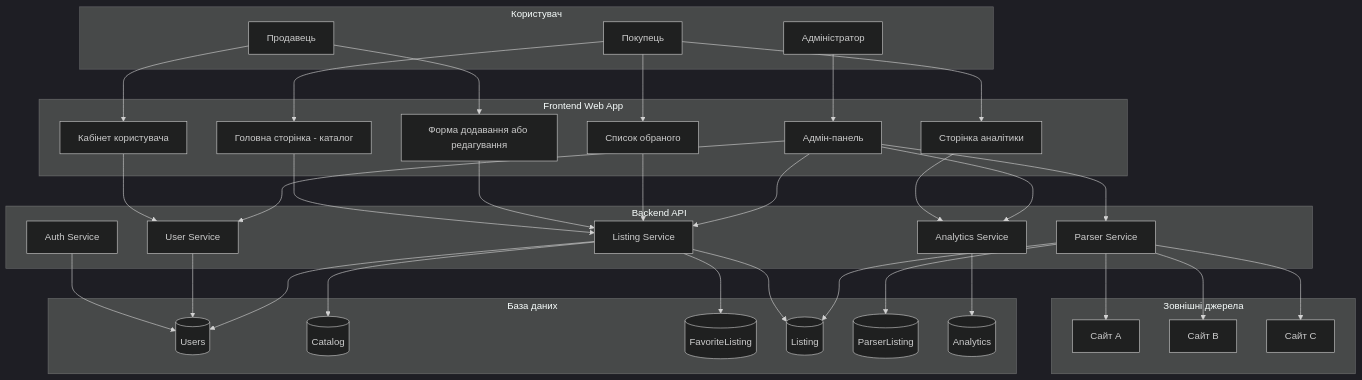
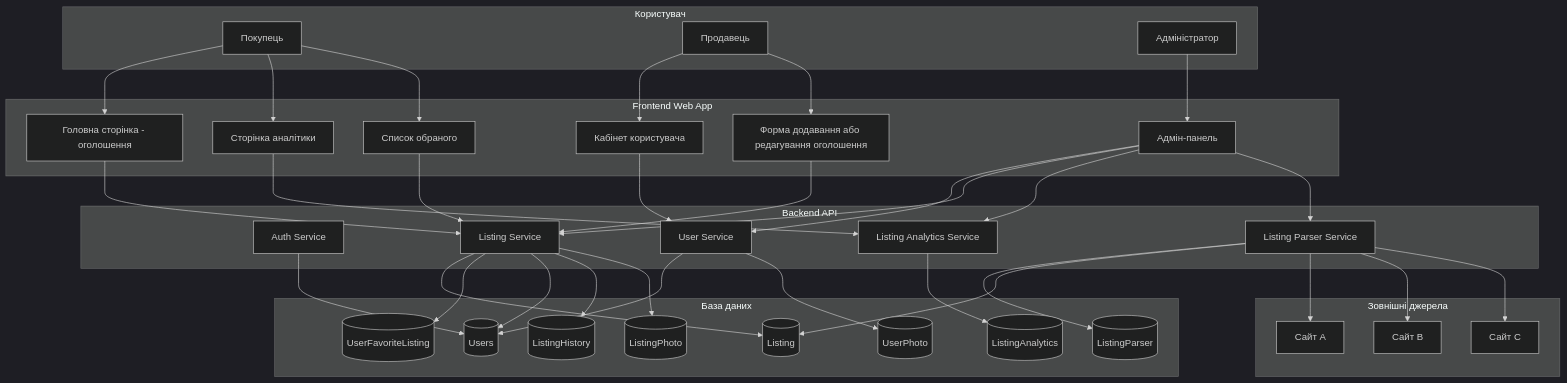
Before and after one commit to JusicP/cargo-container-aggregator: the diagram in docs/architecture.md, drawn with Mermaid (dark theme).

````diff
--- a/docs/architecture.md
+++ b/docs/architecture.md
@@ -1,75 +1,80 @@
 ```mermaid
 flowchart TD
     subgraph UserSide[Користувач]
         U1[Покупець] 
         U2[Продавець]
         U3[Адміністратор]
     end
 
     subgraph Frontend[Frontend Web App]
-        F1[Головна сторінка - каталог]
+        F1[Головна сторінка - оголошення]
         F2[Кабінет користувача]
-        F3[Форма додавання або редагування]
+        F3[Форма додавання або редагування оголошення]
         F4[Сторінка аналітики]
         F5[Список обраного]
         F6[Адмін-панель]
     end
 
     subgraph Backend[Backend API]
         B1[Auth Service]
         B2[Listing Service]
         B3[User Service]
-        B4[Analytics Service]
-        B5[Parser Service]
+        B4[Listing Analytics Service]
+        B5[Listing Parser Service]
     end
 
     subgraph External[Зовнішні джерела]
         E1[Сайт A]
         E2[Сайт B]
         E3[Сайт C]
     end
 
     subgraph Database[База даних]
         D1[(Users)]
-        D2[(Catalog)]
-        D6[(FavoriteListing)]
+        D2[(UserFavoriteListing)]
         D3[(Listing)]
-        D4[(ParserListing)]
-        D5[(Analytics)]
+        D4[(ListingParser)]
+        D5[(ListingAnalytics)]
+        D6[(ListingHistory)]
+        D7[(ListingPhoto)]
+        D8[(UserPhoto)]
     end
 
     %% Взаємодія користувачів
     U1 --> F1
     U1 --> F4
     U1 --> F5
     U2 --> F2
     U2 --> F3
     U3 --> F6
 
     %% Frontend <-> Backend
     F1 --> B2
     F2 --> B3
     F3 --> B2
     F4 --> B4
     F5 --> B2
     F6 --> B3
     F6 --> B2
     F6 --> B4
     F6 --> B5
 
     %% Backend <-> Database
     B1 --> D1
+    B2 --> D3
     B2 --> D2
+    B2 --> D1
     B2 --> D6
-    B2 --> D3
+    B2 --> D7
     B3 --> D1
+    B3 --> D8
     B4 --> D5
     B5 --> D4
     B5 --> D3
-    B2 --> D1
 
     %% Parser -> External
     B5 --> E1
     B5 --> E2
     B5 --> E3
+
 ```
````
